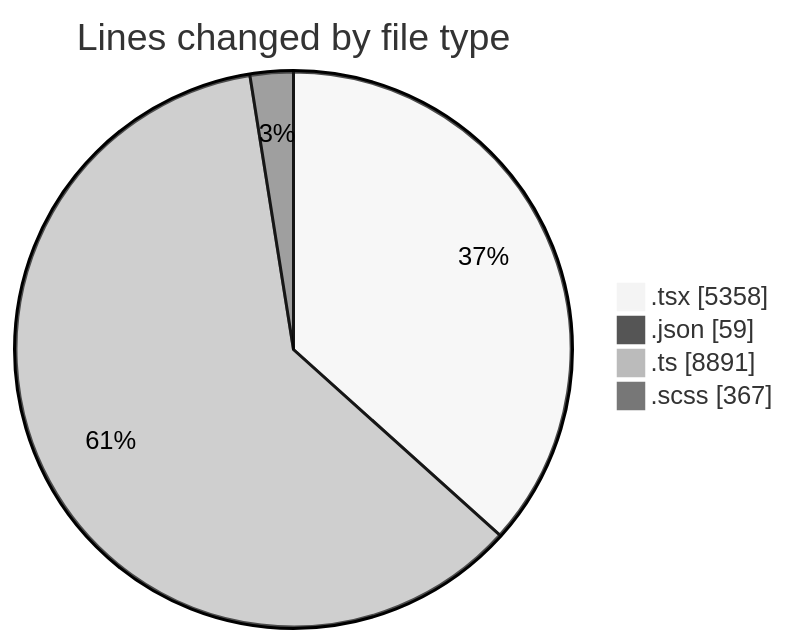
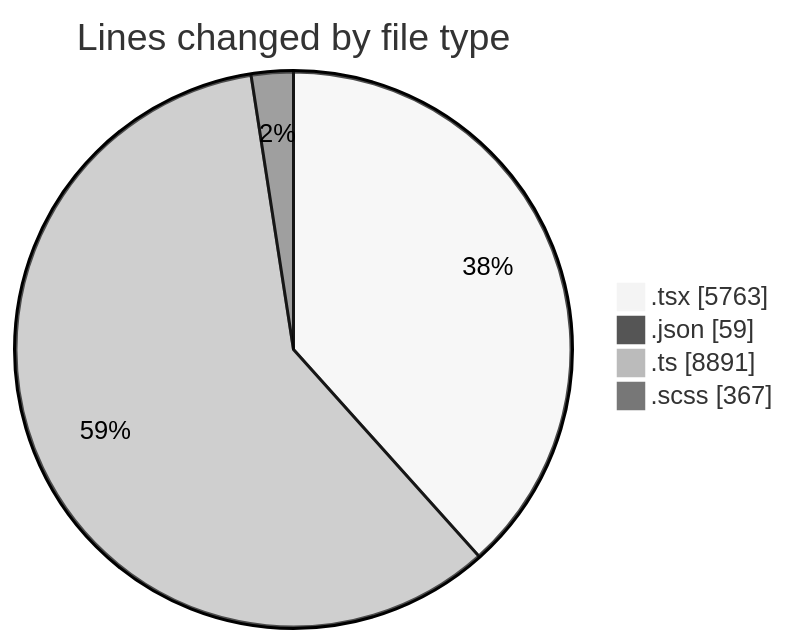
One commit to momahboobian/code-tracking changed the first of 2 diagrams in 2025-11-24/cda/README.md. Above: the diagram before and after it, drawn with Mermaid (neutral theme). The commit also changed other lines of this file and 1 other file, not shown here.

````diff
--- a/2025-11-24/cda/README.md
+++ b/2025-11-24/cda/README.md
@@ -37,8 +38,8 @@
 ```mermaid
 pie showData
 title Lines changed by file type
-".tsx" : 5358
+".tsx" : 5763
 ".json" : 59
 ".ts" : 8891
 ".scss" : 367
 ```
````
